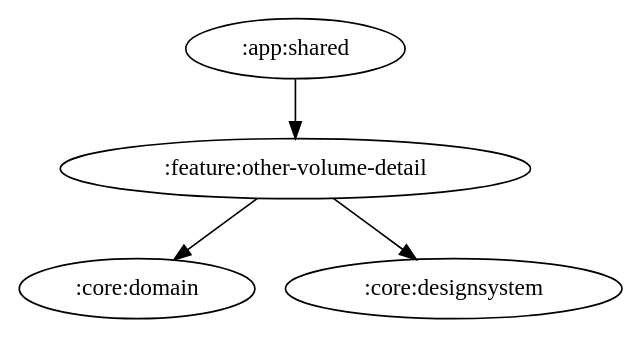
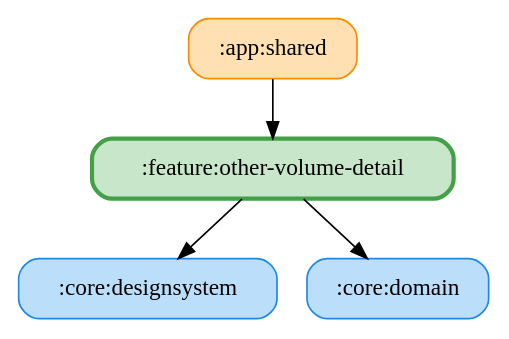
One commit to ai-kurou/KoDriver changed the diagram in docs/graphs/feature-other-volume-detail.gv. Above: the diagram before and after it, drawn with Graphviz. The commit also changed 97 other files, not shown here.

Commit message:
chore: update module graph images

```diff
--- a/docs/graphs/feature-other-volume-detail.gv
+++ b/docs/graphs/feature-other-volume-detail.gv
@@ -1,6 +1,11 @@
 digraph G {
   rankdir=TB
+  node [shape=box, style="rounded,filled"]
+  ":app:shared" [fillcolor="#FFE0B2", color="#FB8C00", penwidth=1]
+  ":core:designsystem" [fillcolor="#BBDEFB", color="#1E88E5", penwidth=1]
+  ":core:domain" [fillcolor="#BBDEFB", color="#1E88E5", penwidth=1]
+  ":feature:other-volume-detail" [fillcolor="#C8E6C9", color="#43A047", penwidth=2.5]
   ":app:shared" -> ":feature:other-volume-detail"
   ":feature:other-volume-detail" -> ":core:domain"
   ":feature:other-volume-detail" -> ":core:designsystem"
 }
```
